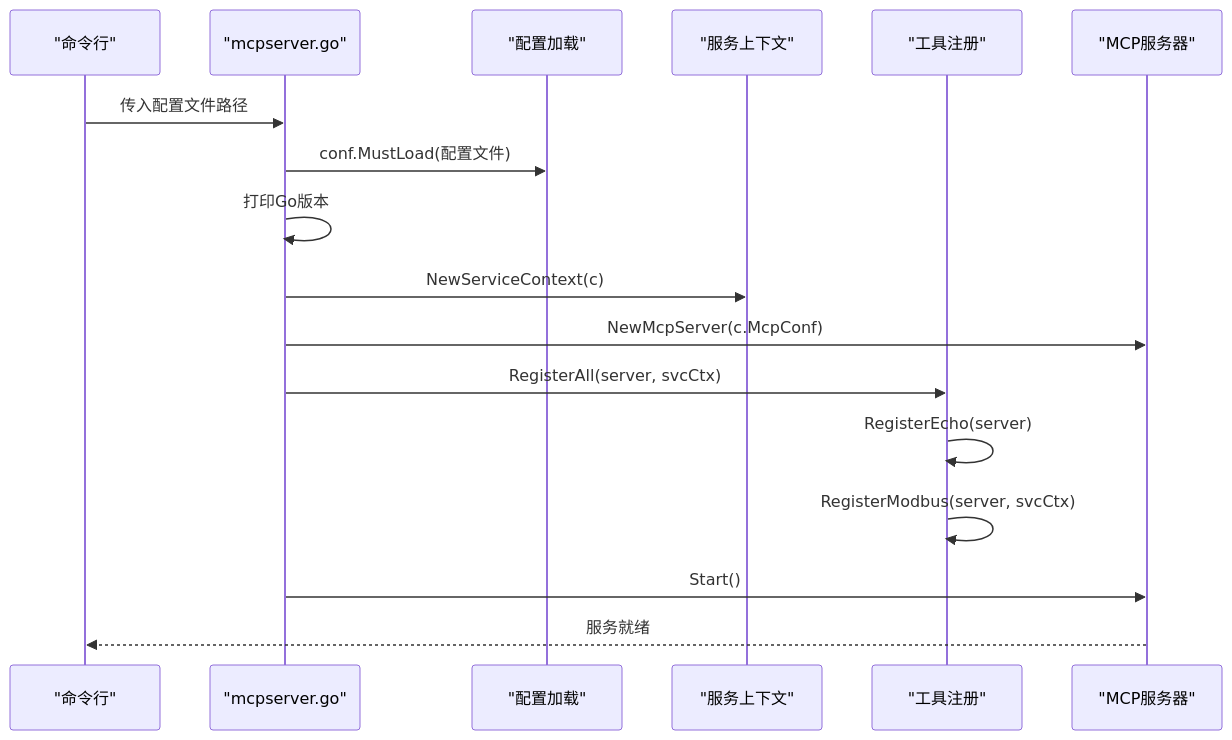
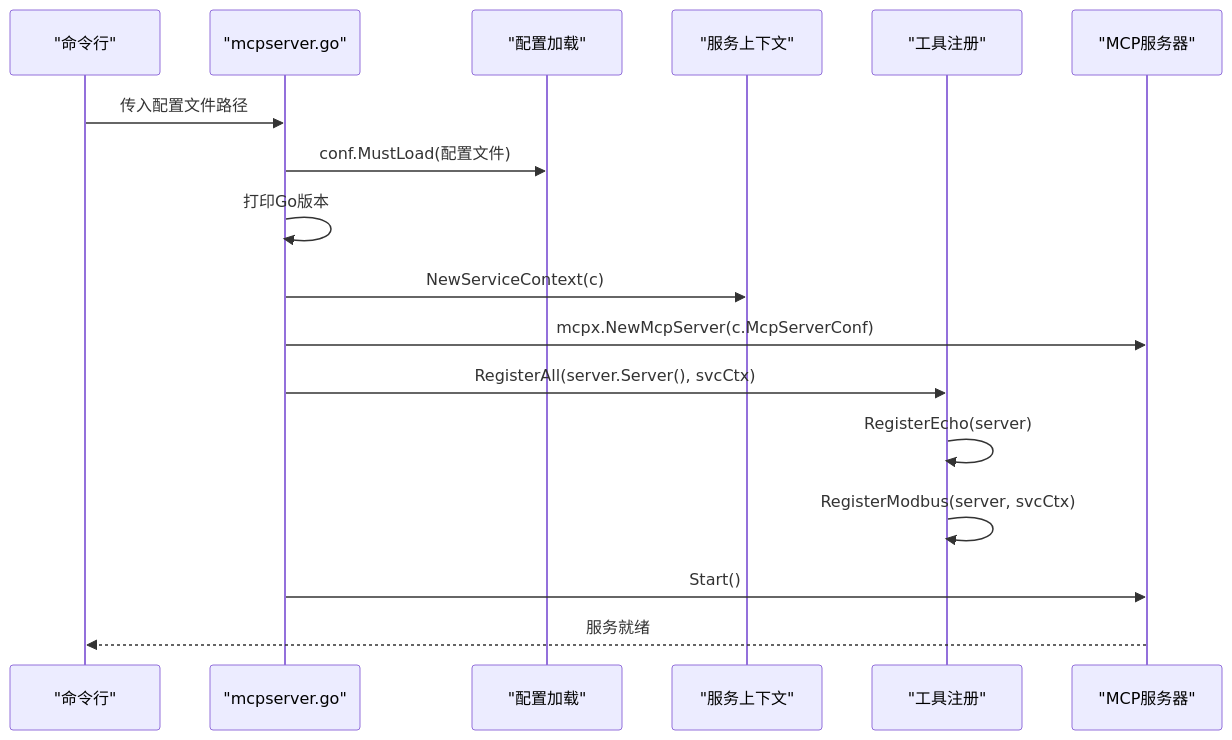
One commit to maomao94/zero-service changed the second of 8 diagrams in .qoder/repowiki/zh/content/AI应用模块/MCP服务器.md. Above: the diagram before and after it, drawn with Mermaid. The commit also changed other lines of this file and 11 other files, not shown here.

````diff
--- a/.qoder/repowiki/zh/content/AI应用模块/MCP服务器.md
+++ b/.qoder/repowiki/zh/content/AI应用模块/MCP服务器.md
@@ -150,19 +166,19 @@
 ```mermaid
 sequenceDiagram
 participant CLI as "命令行"
 participant Main as "mcpserver.go"
 participant Conf as "配置加载"
 participant Ctx as "服务上下文"
 participant Reg as "工具注册"
 participant Srv as "MCP服务器"
 CLI->>Main : 传入配置文件路径
 Main->>Conf : conf.MustLoad(配置文件)
 Main->>Main : 打印Go版本
 Main->>Ctx : NewServiceContext(c)
-Main->>Srv : NewMcpServer(c.McpConf)
-Main->>Reg : RegisterAll(server, svcCtx)
+Main->>Srv : mcpx.NewMcpServer(c.McpServerConf)
+Main->>Reg : RegisterAll(server.Server(), svcCtx)
 Reg->>Reg : RegisterEcho(server)
 Reg->>Reg : RegisterModbus(server, svcCtx)
 Main->>Srv : Start()
 Srv-->>CLI : 服务就绪
 ```
````
